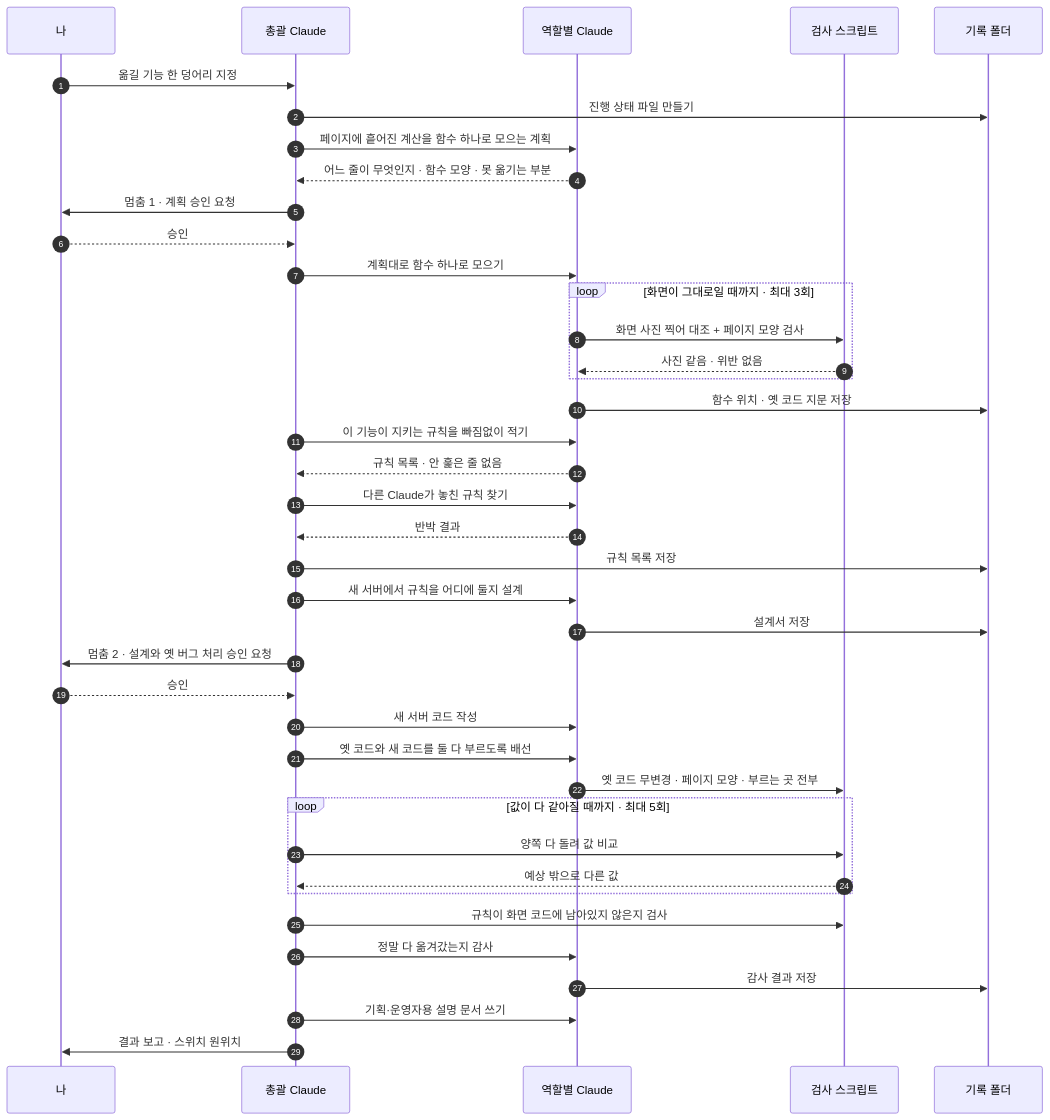
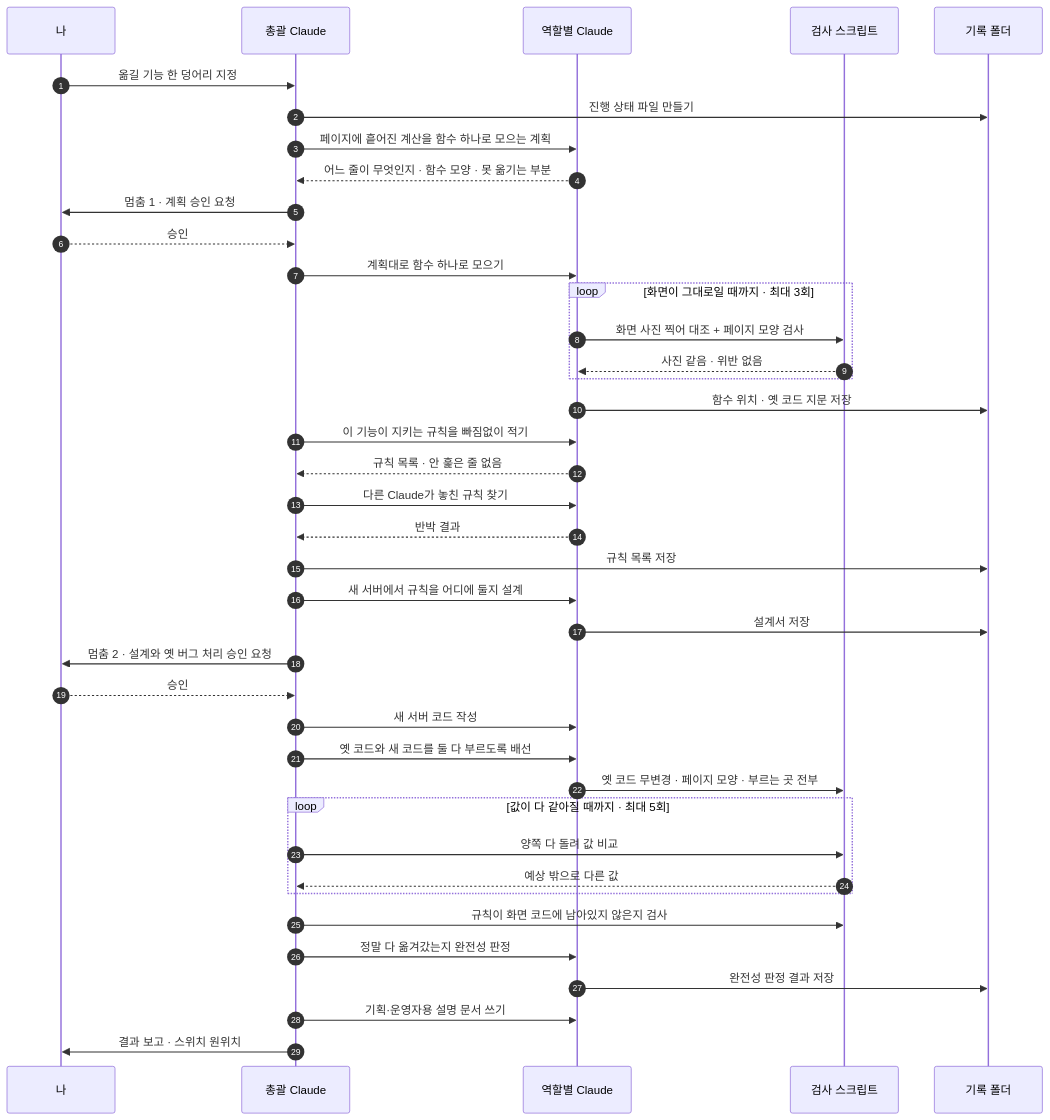
Before and after one commit to Combi153/my-claude-code-os: the first of 3 diagrams in docs/os-loop.md, drawn with Mermaid. The commit also changed other lines of this file and 100 other files, not shown here.

````diff
--- a/docs/os-loop.md
+++ b/docs/os-loop.md
@@ -22,43 +22,43 @@
 ```mermaid
 sequenceDiagram
   autonumber
   participant N as 나
   participant T as 총괄 Claude
   participant W as 역할별 Claude
   participant C as 검사 스크립트
   participant F as 기록 폴더
 
   N->>T: 옮길 기능 한 덩어리 지정
   T->>F: 진행 상태 파일 만들기
   T->>W: 페이지에 흩어진 계산을 함수 하나로 모으는 계획
   W-->>T: 어느 줄이 무엇인지 · 함수 모양 · 못 옮기는 부분
   T->>N: 멈춤 1 · 계획 승인 요청
   N-->>T: 승인
   T->>W: 계획대로 함수 하나로 모으기
   loop 화면이 그대로일 때까지 · 최대 3회
     W->>C: 화면 사진 찍어 대조 + 페이지 모양 검사
     C-->>W: 사진 같음 · 위반 없음
   end
   W->>F: 함수 위치 · 옛 코드 지문 저장
   T->>W: 이 기능이 지키는 규칙을 빠짐없이 적기
   W-->>T: 규칙 목록 · 안 훑은 줄 없음
   T->>W: 다른 Claude가 놓친 규칙 찾기
   W-->>T: 반박 결과
   T->>F: 규칙 목록 저장
   T->>W: 새 서버에서 규칙을 어디에 둘지 설계
   W->>F: 설계서 저장
   T->>N: 멈춤 2 · 설계와 옛 버그 처리 승인 요청
   N-->>T: 승인
   T->>W: 새 서버 코드 작성
   T->>W: 옛 코드와 새 코드를 둘 다 부르도록 배선
   W->>C: 옛 코드 무변경 · 페이지 모양 · 부르는 곳 전부
   loop 값이 다 같아질 때까지 · 최대 5회
     T->>C: 양쪽 다 돌려 값 비교
     C-->>T: 예상 밖으로 다른 값
   end
   T->>C: 규칙이 화면 코드에 남아있지 않은지 검사
-  T->>W: 정말 다 옮겨갔는지 감사
-  W->>F: 감사 결과 저장
+  T->>W: 정말 다 옮겨갔는지 완전성 판정
+  W->>F: 완전성 판정 결과 저장
   T->>W: 기획·운영자용 설명 문서 쓰기
   T->>N: 결과 보고 · 스위치 원위치
 ```
````
